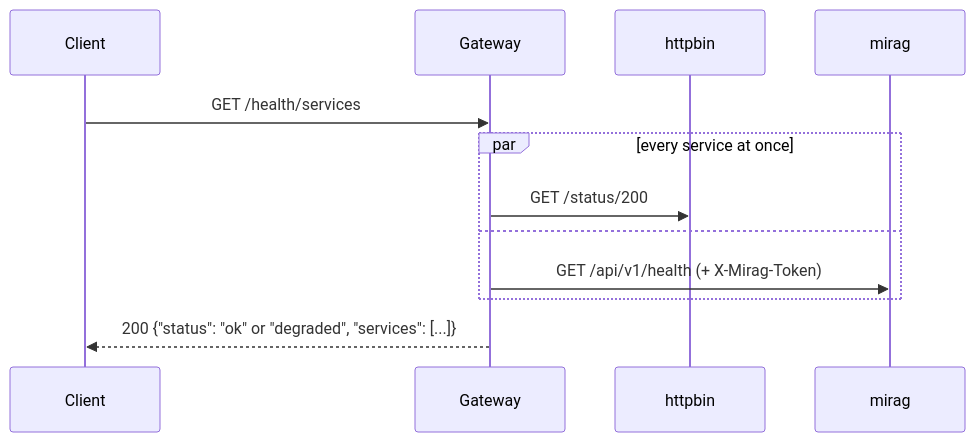
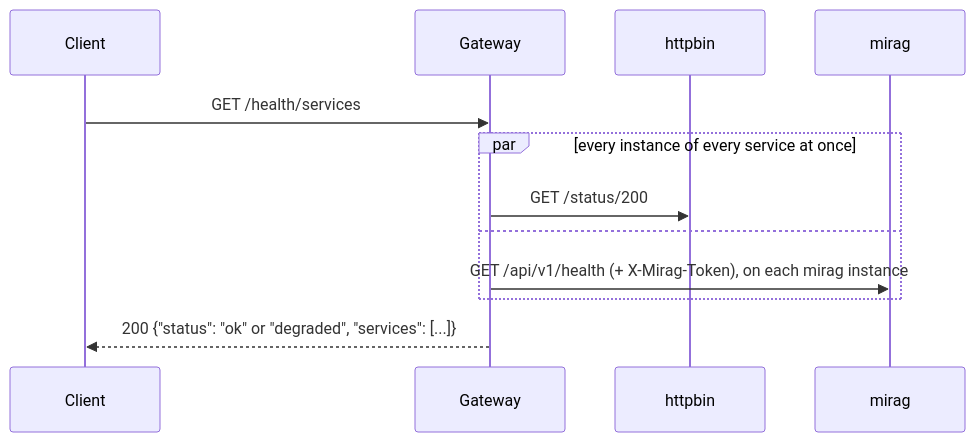
Before and after one commit to AndJunes/CodeZard: the fourth of 5 diagrams in README.md, drawn with Mermaid. The commit also changed other lines of this file and 28 other files, not shown here.

First line of the commit message:
feat: enhance service instance management and load balancing

````diff
--- a/README.md
+++ b/README.md
@@ -221,15 +306,15 @@
 ```mermaid
 sequenceDiagram
     participant C as Client
     participant G as Gateway
     participant A as httpbin
     participant B as mirag
 
     C->>G: GET /health/services
-    par every service at once
+    par every instance of every service at once
         G->>A: GET /status/200
     and
-        G->>B: GET /api/v1/health (+ X-Mirag-Token)
+        G->>B: GET /api/v1/health (+ X-Mirag-Token), on each mirag instance
     end
     G-->>C: 200 {"status": "ok" or "degraded", "services": [...]}
 ```
````
